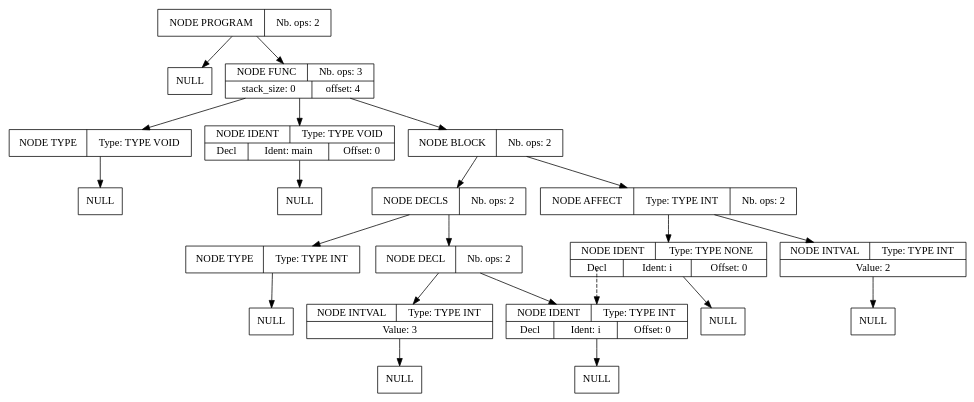
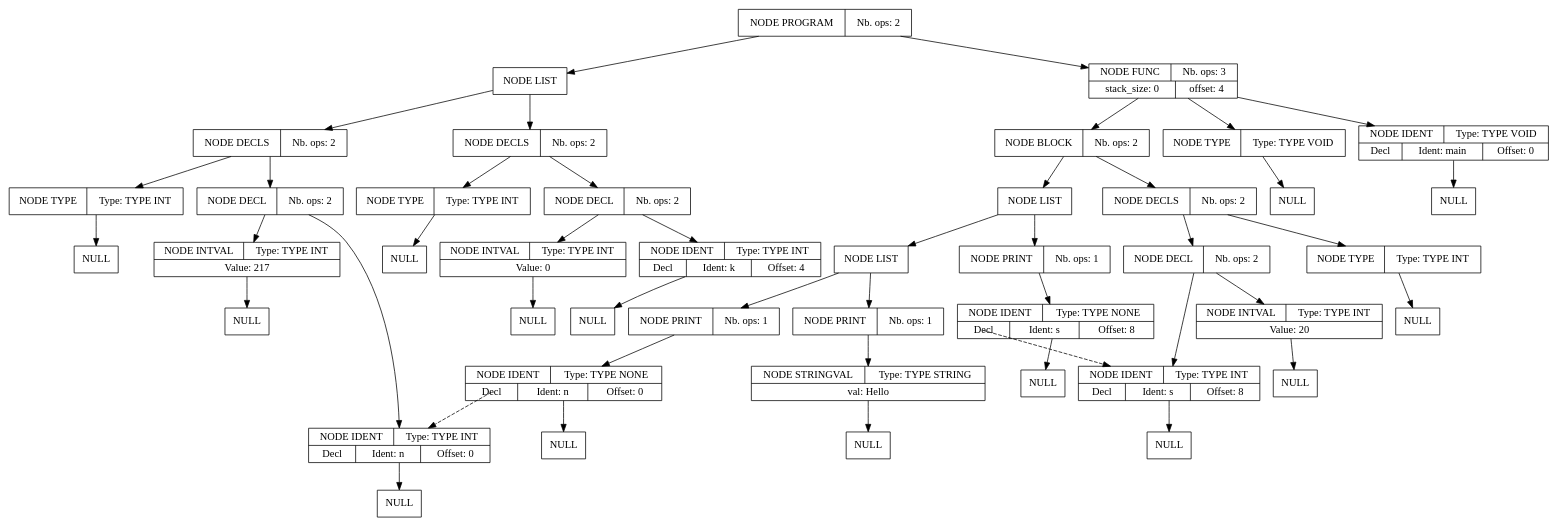
The diagram in projet_compilation_src/src/fichier_dump_fin.dot (Serial-DeV/Compilation), drawn with Graphviz before and after one commit. The commit also changed 17 other files, not shown here.

```diff
--- a/projet_compilation_src/src/fichier_dump_fin.dot
+++ b/projet_compilation_src/src/fichier_dump_fin.dot
@@ -1,65 +1,133 @@
 digraph global_vars {
     N1 [shape=record, label="{{NODE PROGRAM|Nb. ops: 2}}"];
-    N2 [shape=record, label="{{NULL}}"];
-    edge[tailclip=true];
-    N1 -> N2
-    N3 [shape=record, label="{{NODE FUNC|Nb. ops: 3}|{stack_size: 0|offset: 4}}"];
-    N4 [shape=record, label="{{NODE TYPE|Type: TYPE VOID}}"];
+    N2 [shape=record, label="{{NODE LIST}}"];
+    N3 [shape=record, label="{{NODE DECLS|Nb. ops: 2}}"];
+    N4 [shape=record, label="{{NODE TYPE|Type: TYPE INT}}"];
     N5 [shape=record, label="{{NULL}}"];
     edge[tailclip=true];
     N4 -> N5
     edge[tailclip=true];
     N3 -> N4
-    N6 [shape=record, label="{{NODE IDENT|Type: TYPE VOID}|{<decl>Decl      |Ident: main|Offset: 0}}"];
-    N7 [shape=record, label="{{NULL}}"];
+    N6 [shape=record, label="{{NODE DECL|Nb. ops: 2}}"];
+    N7 [shape=record, label="{{NODE IDENT|Type: TYPE INT}|{<decl>Decl      |Ident: n|Offset: 0}}"];
+    N8 [shape=record, label="{{NULL}}"];
+    edge[tailclip=true];
+    N7 -> N8
     edge[tailclip=true];
     N6 -> N7
+    N9 [shape=record, label="{{NODE INTVAL|Type: TYPE INT}|{Value: 217}}"];
+    N10 [shape=record, label="{{NULL}}"];
+    edge[tailclip=true];
+    N9 -> N10
+    edge[tailclip=true];
+    N6 -> N9
     edge[tailclip=true];
     N3 -> N6
-    N8 [shape=record, label="{{NODE BLOCK|Nb. ops: 2}}"];
-    N9 [shape=record, label="{{NODE DECLS|Nb. ops: 2}}"];
-    N10 [shape=record, label="{{NODE TYPE|Type: TYPE INT}}"];
-    N11 [shape=record, label="{{NULL}}"];
     edge[tailclip=true];
-    N10 -> N11
-    edge[tailclip=true];
-    N9 -> N10
-    N12 [shape=record, label="{{NODE DECL|Nb. ops: 2}}"];
-    N13 [shape=record, label="{{NODE IDENT|Type: TYPE INT}|{<decl>Decl      |Ident: i|Offset: 0}}"];
-    N14 [shape=record, label="{{NULL}}"];
-    edge[tailclip=true];
-    N13 -> N14
+    N2 -> N3
+    N11 [shape=record, label="{{NODE DECLS|Nb. ops: 2}}"];
+    N12 [shape=record, label="{{NODE TYPE|Type: TYPE INT}}"];
+    N13 [shape=record, label="{{NULL}}"];
     edge[tailclip=true];
     N12 -> N13
-    N15 [shape=record, label="{{NODE INTVAL|Type: TYPE INT}|{Value: 3}}"];
+    edge[tailclip=true];
+    N11 -> N12
+    N14 [shape=record, label="{{NODE DECL|Nb. ops: 2}}"];
+    N15 [shape=record, label="{{NODE IDENT|Type: TYPE INT}|{<decl>Decl      |Ident: k|Offset: 4}}"];
     N16 [shape=record, label="{{NULL}}"];
     edge[tailclip=true];
     N15 -> N16
     edge[tailclip=true];
-    N12 -> N15
-    edge[tailclip=true];
-    N9 -> N12
-    edge[tailclip=true];
-    N8 -> N9
-    N17 [shape=record, label="{{NODE AFFECT|Type: TYPE INT|Nb. ops: 2}}"];
-    N18 [shape=record, label="{{NODE IDENT|Type: TYPE NONE}|{<decl>Decl      |Ident: i|Offset: 0}}"];
-    edge[tailclip=false];
-    "N18":decl:c -> "N13" [style=dashed]
-    N19 [shape=record, label="{{NULL}}"];
-    edge[tailclip=true];
-    N18 -> N19
+    N14 -> N15
+    N17 [shape=record, label="{{NODE INTVAL|Type: TYPE INT}|{Value: 0}}"];
+    N18 [shape=record, label="{{NULL}}"];
     edge[tailclip=true];
     N17 -> N18
-    N20 [shape=record, label="{{NODE INTVAL|Type: TYPE INT}|{Value: 2}}"];
+    edge[tailclip=true];
+    N14 -> N17
+    edge[tailclip=true];
+    N11 -> N14
+    edge[tailclip=true];
+    N2 -> N11
+    edge[tailclip=true];
+    N1 -> N2
+    N19 [shape=record, label="{{NODE FUNC|Nb. ops: 3}|{stack_size: 0|offset: 4}}"];
+    N20 [shape=record, label="{{NODE TYPE|Type: TYPE VOID}}"];
     N21 [shape=record, label="{{NULL}}"];
     edge[tailclip=true];
     N20 -> N21
     edge[tailclip=true];
-    N17 -> N20
+    N19 -> N20
+    N22 [shape=record, label="{{NODE IDENT|Type: TYPE VOID}|{<decl>Decl      |Ident: main|Offset: 0}}"];
+    N23 [shape=record, label="{{NULL}}"];
     edge[tailclip=true];
-    N8 -> N17
+    N22 -> N23
     edge[tailclip=true];
-    N3 -> N8
+    N19 -> N22
+    N24 [shape=record, label="{{NODE BLOCK|Nb. ops: 2}}"];
+    N25 [shape=record, label="{{NODE DECLS|Nb. ops: 2}}"];
+    N26 [shape=record, label="{{NODE TYPE|Type: TYPE INT}}"];
+    N27 [shape=record, label="{{NULL}}"];
     edge[tailclip=true];
-    N1 -> N3
+    N26 -> N27
+    edge[tailclip=true];
+    N25 -> N26
+    N28 [shape=record, label="{{NODE DECL|Nb. ops: 2}}"];
+    N29 [shape=record, label="{{NODE IDENT|Type: TYPE INT}|{<decl>Decl      |Ident: s|Offset: 8}}"];
+    N30 [shape=record, label="{{NULL}}"];
+    edge[tailclip=true];
+    N29 -> N30
+    edge[tailclip=true];
+    N28 -> N29
+    N31 [shape=record, label="{{NODE INTVAL|Type: TYPE INT}|{Value: 20}}"];
+    N32 [shape=record, label="{{NULL}}"];
+    edge[tailclip=true];
+    N31 -> N32
+    edge[tailclip=true];
+    N28 -> N31
+    edge[tailclip=true];
+    N25 -> N28
+    edge[tailclip=true];
+    N24 -> N25
+    N33 [shape=record, label="{{NODE LIST}}"];
+    N34 [shape=record, label="{{NODE LIST}}"];
+    N35 [shape=record, label="{{NODE PRINT|Nb. ops: 1}}"];
+    N36 [shape=record, label="{{NODE IDENT|Type: TYPE NONE}|{<decl>Decl      |Ident: n|Offset: 0}}"];
+    edge[tailclip=false];
+    "N36":decl:c -> "N7" [style=dashed]
+    N37 [shape=record, label="{{NULL}}"];
+    edge[tailclip=true];
+    N36 -> N37
+    edge[tailclip=true];
+    N35 -> N36
+    edge[tailclip=true];
+    N34 -> N35
+    N38 [shape=record, label="{{NODE PRINT|Nb. ops: 1}}"];
+    N39 [shape=record, label="{{NODE STRINGVAL|Type: TYPE STRING}|{val: Hello\n}}"];
+    N40 [shape=record, label="{{NULL}}"];
+    edge[tailclip=true];
+    N39 -> N40
+    edge[tailclip=true];
+    N38 -> N39
+    edge[tailclip=true];
+    N34 -> N38
+    edge[tailclip=true];
+    N33 -> N34
+    N41 [shape=record, label="{{NODE PRINT|Nb. ops: 1}}"];
+    N42 [shape=record, label="{{NODE IDENT|Type: TYPE NONE}|{<decl>Decl      |Ident: s|Offset: 8}}"];
+    edge[tailclip=false];
+    "N42":decl:c -> "N29" [style=dashed]
+    N43 [shape=record, label="{{NULL}}"];
+    edge[tailclip=true];
+    N42 -> N43
+    edge[tailclip=true];
+    N41 -> N42
+    edge[tailclip=true];
+    N33 -> N41
+    edge[tailclip=true];
+    N24 -> N33
+    edge[tailclip=true];
+    N19 -> N24
+    edge[tailclip=true];
+    N1 -> N19
 }
```
